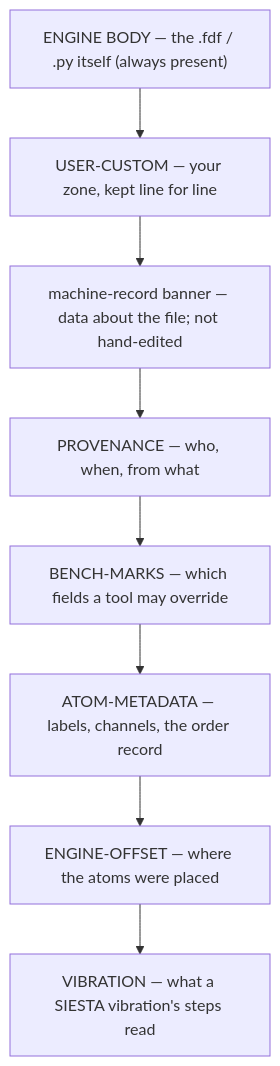
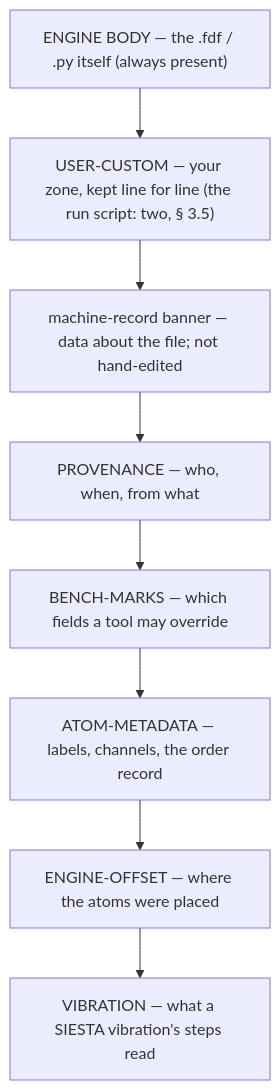
One commit to Qing-LAB/molbuilder changed the first of 2 diagrams in docs/execution/job-contracts.md. Above: the diagram before and after it, drawn with Mermaid. The commit also changed other lines of this file and 54 other files, not shown here.

First line of the commit message:
2.77.16: the run script and the machine

````diff
--- a/docs/execution/job-contracts.md
+++ b/docs/execution/job-contracts.md
@@ -708,12 +709,12 @@
 ```mermaid
 flowchart TD
     E["ENGINE BODY — the .fdf / .py itself (always present)"]
-    U["USER-CUSTOM — your zone, kept line for line"]
+    U["USER-CUSTOM — your zone, kept line for line (the run script: two, § 3.5)"]
     M["machine-record banner — data about the file; not hand-edited"]
     P["PROVENANCE — who, when, from what"]
     B["BENCH-MARKS — which fields a tool may override"]
     A["ATOM-METADATA — labels, channels, the order record"]
     O["ENGINE-OFFSET — where the atoms were placed"]
     V["VIBRATION — what a SIESTA vibration's steps read"]
     E --> U --> M --> P --> B --> A --> O --> V
 ```
````
